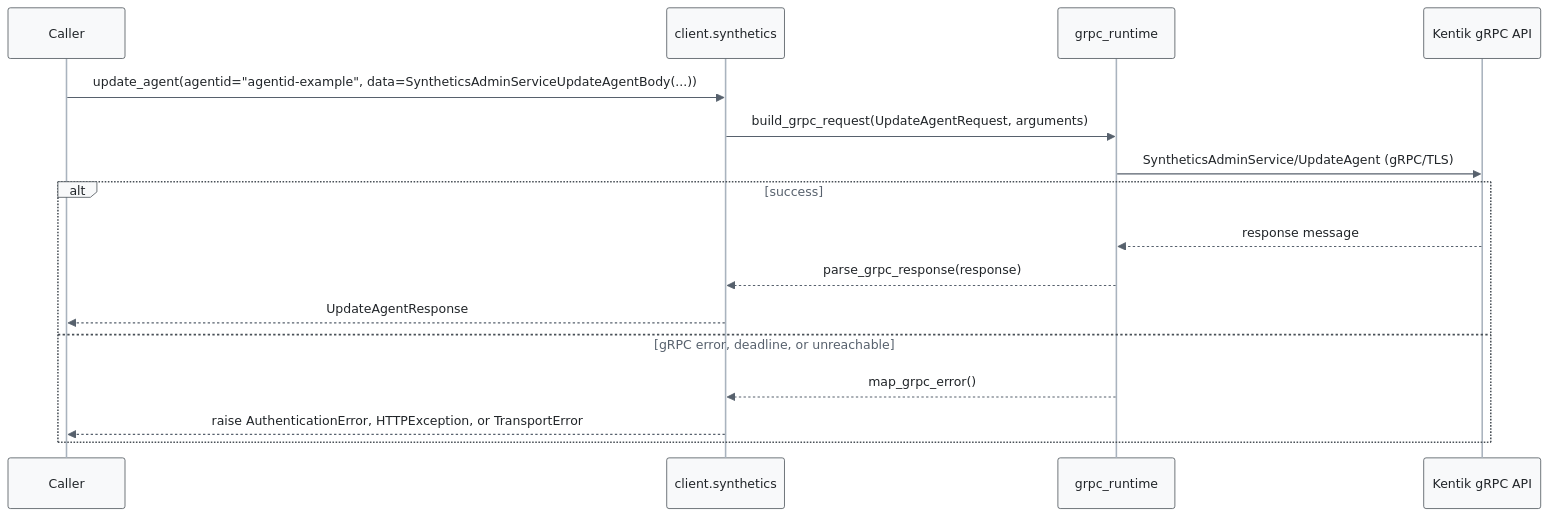
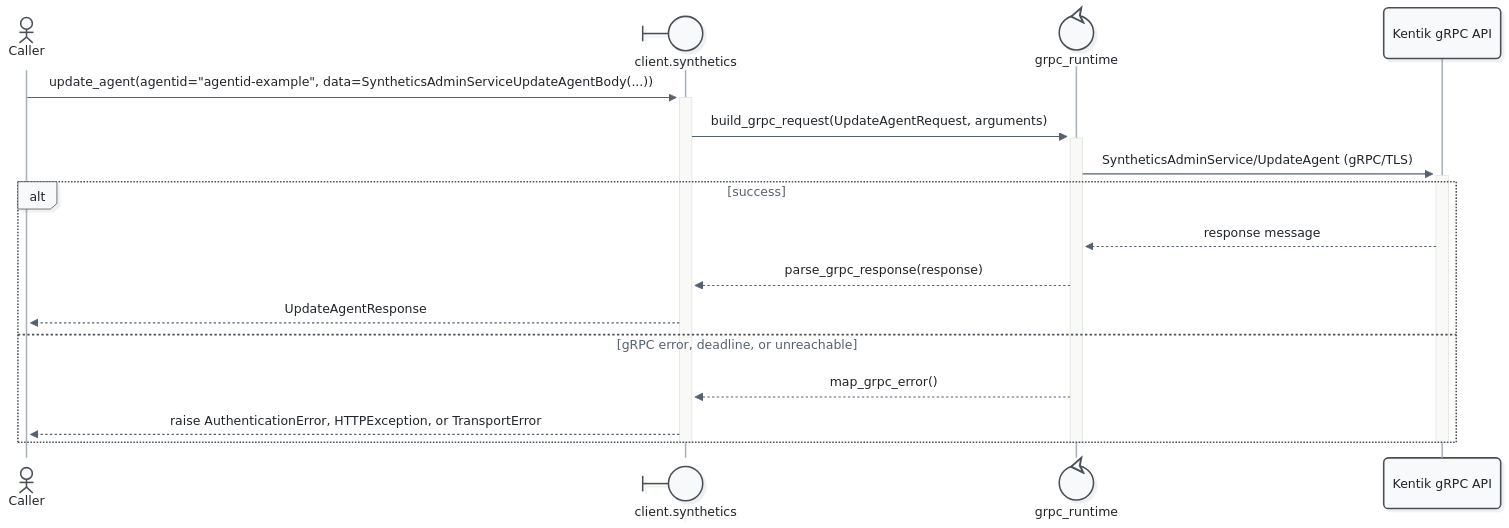
Before and after one commit to alexdearaujo/community_sdk_python: diagram 16 of 37 in docs/sphinx/services/synthetics.md, drawn with Mermaid. The commit also changed other lines of this file and 52 other files, not shown here.

First line of the commit message:
docs: Mermaid 12 sequence diagrams with participant types and path colors

````diff
--- a/docs/sphinx/services/synthetics.md
+++ b/docs/sphinx/services/synthetics.md
@@ -597,20 +634,23 @@
 ```mermaid
-%%{init: {"theme": "base", "fontFamily": "ui-monospace, SFMono-Regular, Menlo, monospace", "themeVariables": {"fontFamily": "ui-monospace, SFMono-Regular, Menlo, monospace", "primaryColor": "#f8f9fa", "primaryBorderColor": "#495057", "primaryTextColor": "#212529", "textColor": "#212529", "lineColor": "#77818c", "edgeLabelBackground": "#ffffff", "actorBkg": "#f8f9fa", "actorBorder": "#495057", "actorTextColor": "#212529", "actorLineColor": "#a9b3be", "signalColor": "#57616d", "signalTextColor": "#212529", "labelBoxBkgColor": "#f8f9fa", "labelBoxBorderColor": "#495057", "labelTextColor": "#212529", "loopTextColor": "#57616d", "noteBkgColor": "#fff9db", "noteBorderColor": "#f08c00", "noteTextColor": "#a35a00"}, "flowchart": {"curve": "step", "nodeSpacing": 30, "rankSpacing": 70, "wrappingWidth": 400}}}%%
+%%{init: {"theme": "redux", "look": "neo", "layout": "dagre", "fontFamily": "ui-monospace, SFMono-Regular, Menlo, monospace", "themeVariables": {"fontFamily": "ui-monospace, SFMono-Regular, Menlo, monospace", "primaryColor": "#f8f9fa", "primaryBorderColor": "#495057", "primaryTextColor": "#212529", "textColor": "#212529", "lineColor": "#77818c", "edgeLabelBackground": "#ffffff", "actorBkg": "#f8f9fa", "actorBorder": "#495057", "actorTextColor": "#212529", "actorLineColor": "#a9b3be", "signalColor": "#57616d", "signalTextColor": "#212529", "labelBoxBkgColor": "#f8f9fa", "labelBoxBorderColor": "#495057", "labelTextColor": "#212529", "loopTextColor": "#57616d", "noteBkgColor": "#fff9db", "noteBorderColor": "#f08c00", "noteTextColor": "#a35a00"}, "sequence": {"activationWidth": 16}, "flowchart": {"curve": "step", "nodeSpacing": 30, "rankSpacing": 70, "wrappingWidth": 400}}}%%
 sequenceDiagram
-    participant C as Caller
-    participant W as client.synthetics
-    participant R as grpc_runtime
+    actor C as Caller
+    participant W@{ "type": "boundary" } as client.synthetics
+    participant R@{ "type": "control" } as grpc_runtime
     participant API as Kentik gRPC API
 
-    C->>W: update_agent(agentid="agentid-example", data=SyntheticsAdminServiceUpdateAgentBody(...))
-    W->>R: build_grpc_request(UpdateAgentRequest, arguments)
-    R->>API: SyntheticsAdminService/UpdateAgent (gRPC/TLS)
+    C->>+W: update_agent(agentid="agentid-example", data=SyntheticsAdminServiceUpdateAgentBody(...))
+    W->>+R: build_grpc_request(UpdateAgentRequest, arguments)
+    R->>+API: SyntheticsAdminService/UpdateAgent (gRPC/TLS)
     alt success
         API-->>R: response message
         R-->>W: parse_grpc_response(response)
         W-->>C: UpdateAgentResponse
     else gRPC error, deadline, or unreachable
         R-->>W: map_grpc_error()
         W-->>C: raise AuthenticationError, HTTPException, or TransportError
     end
+    deactivate API
+    deactivate R
+    deactivate W
 ```
````
